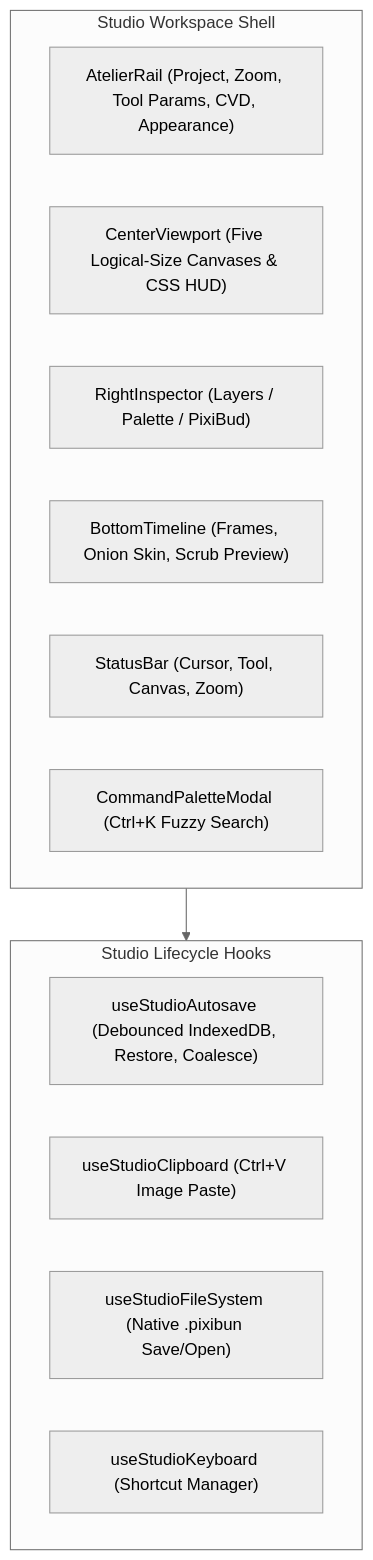
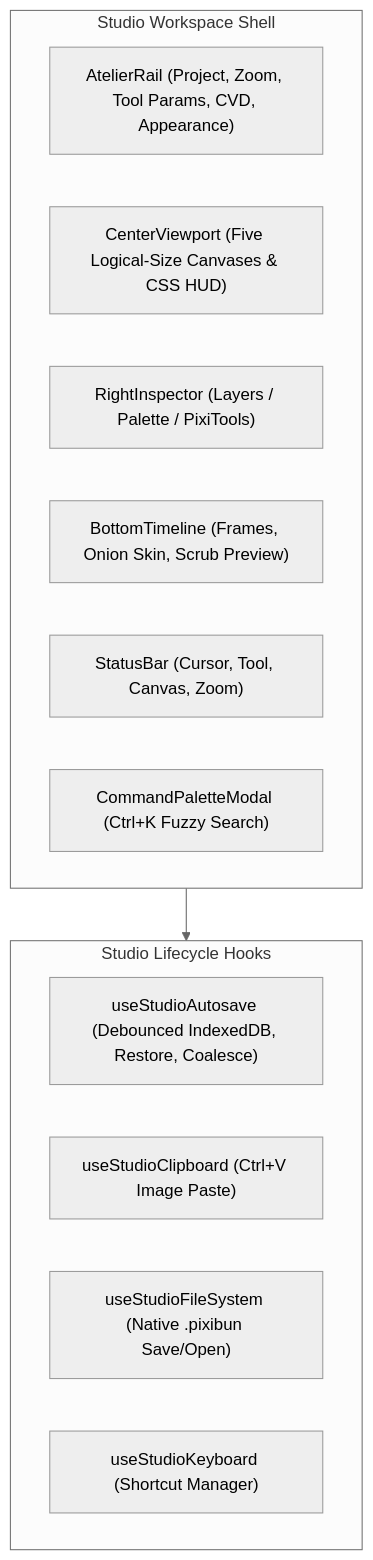
Before and after one commit to lxcario/PixiBun: the sixth of 6 diagrams in ARCHITECTURE.md, drawn with Mermaid (neutral theme). The commit also changed other lines of this file and 12 other files, not shown here.

First line of the commit message:
Update maintained docs for PixiBun, themes, onboarding and the roadmap

````diff
--- a/ARCHITECTURE.md
+++ b/ARCHITECTURE.md
@@ -706,20 +720,20 @@
 ```mermaid
 graph TD
     subgraph Shell ["Studio Workspace Shell"]
         Rail["AtelierRail (Project, Zoom, Tool Params, CVD, Appearance)"]
         Viewport["CenterViewport (Five Logical-Size Canvases & CSS HUD)"]
-        Inspector["RightInspector (Layers / Palette / PixiBud)"]
+        Inspector["RightInspector (Layers / Palette / PixiTools)"]
         Timeline["BottomTimeline (Frames, Onion Skin, Scrub Preview)"]
         Status["StatusBar (Cursor, Tool, Canvas, Zoom)"]
         CmdPalette["CommandPaletteModal (Ctrl+K Fuzzy Search)"]
     end
 
     subgraph Hooks ["Studio Lifecycle Hooks"]
         Autosave["useStudioAutosave (Debounced IndexedDB, Restore, Coalesce)"]
         Clipboard["useStudioClipboard (Ctrl+V Image Paste)"]
         FileSystem["useStudioFileSystem (Native .pixibun Save/Open)"]
         Keyboard["useStudioKeyboard (Shortcut Manager)"]
     end
 
     Shell --> Hooks
 ```
````
